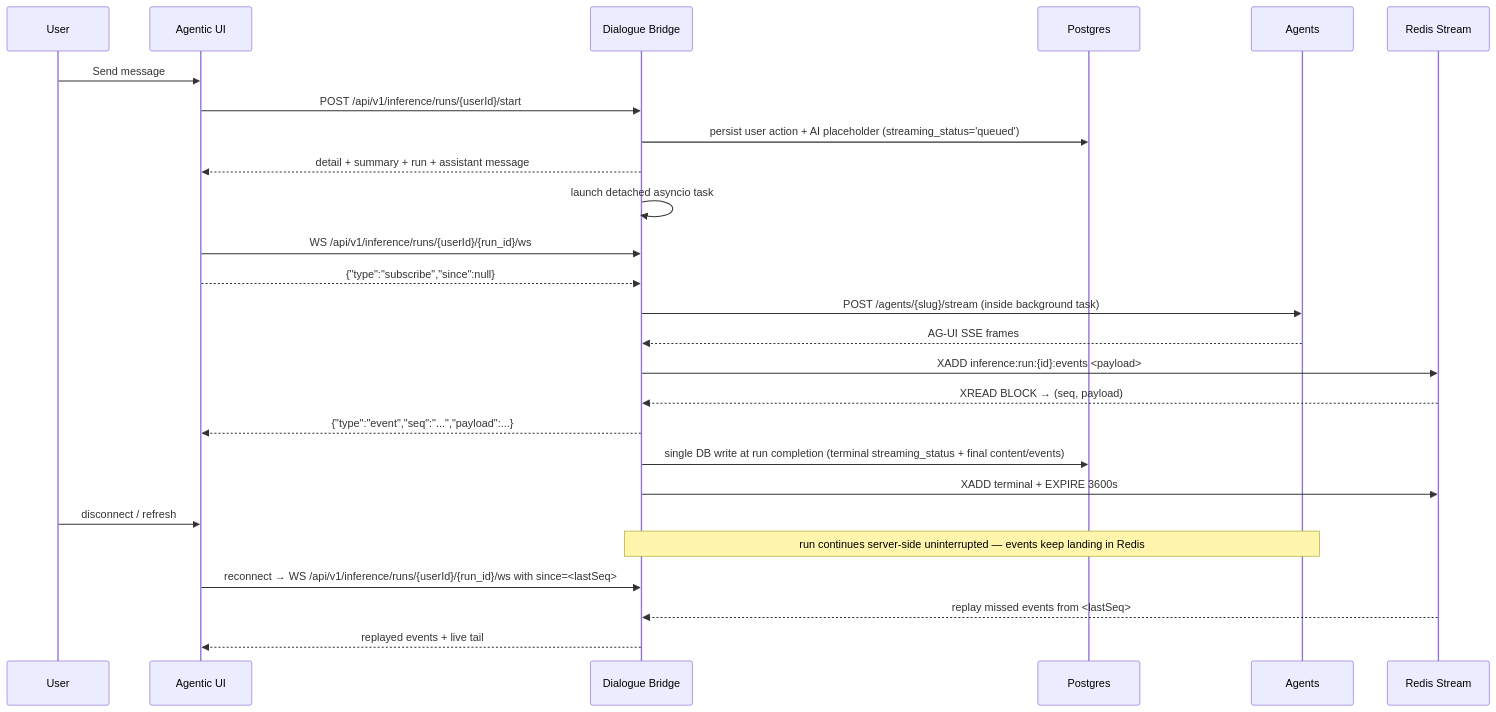
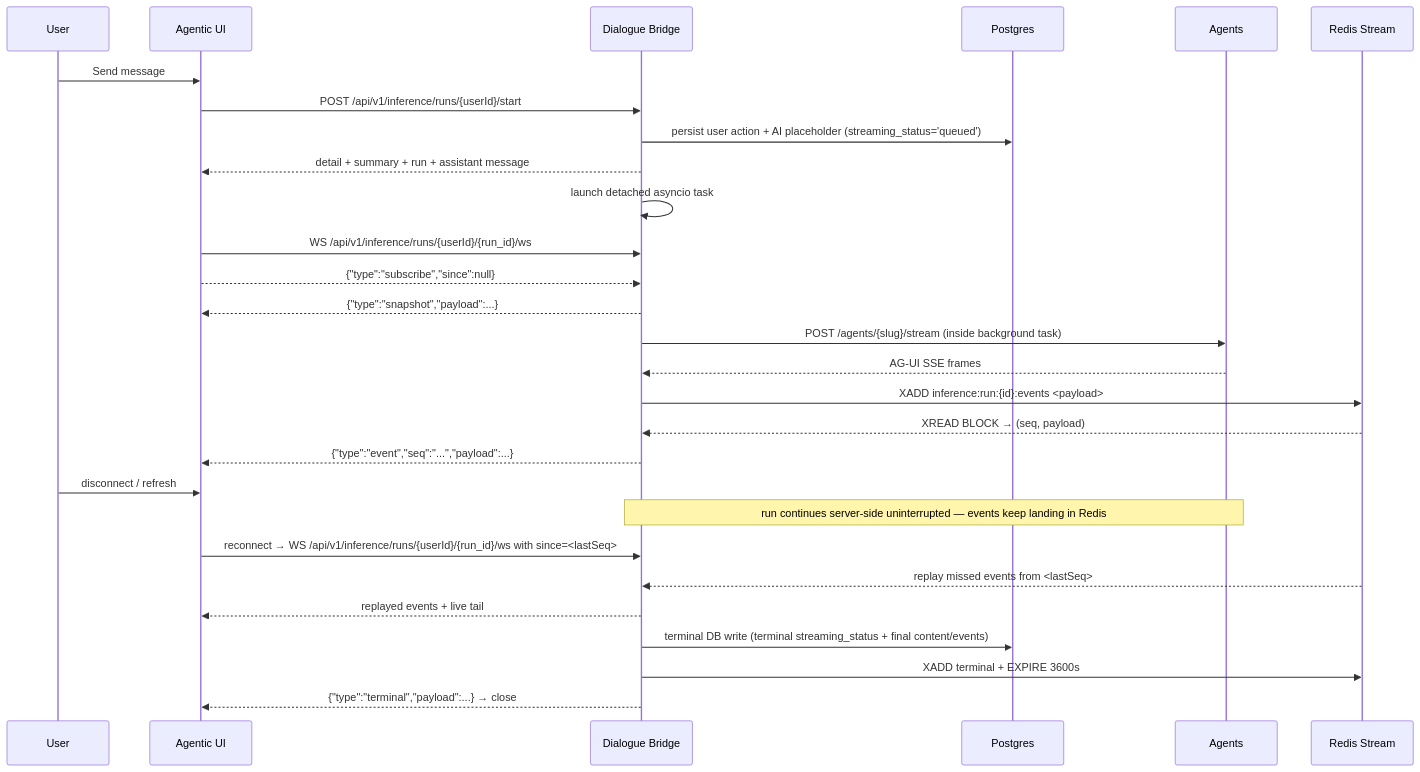
The ninth of 10 diagrams in README.md (konstantinosmpouros/mAgenticX), drawn with Mermaid before and after one commit. The commit also changed other lines of this file and 7 other files, not shown here.

````diff
--- a/README.md
+++ b/README.md
@@ -371,30 +458,31 @@
 ```mermaid
 sequenceDiagram
     participant U as User
     participant UI as Agentic UI
     participant B as Dialogue Bridge
     participant P as Postgres
     participant A as Agents
-
     participant R as Redis Stream
 
     U->>UI: Send message
     UI->>B: POST /api/v1/inference/runs/{userId}/start
     B->>P: persist user action + AI placeholder (streaming_status='queued')
     B-->>UI: detail + summary + run + assistant message
     B->>B: launch detached asyncio task
     UI->>B: WS /api/v1/inference/runs/{userId}/{run_id}/ws
     UI-->>B: {"type":"subscribe","since":null}
+    B-->>UI: {"type":"snapshot","payload":...}
     B->>A: POST /agents/{slug}/stream (inside background task)
     A-->>B: AG-UI SSE frames
     B->>R: XADD inference:run:{id}:events <payload>
     R-->>B: XREAD BLOCK → (seq, payload)
     B-->>UI: {"type":"event","seq":"...","payload":...}
-    B->>P: single DB write at run completion (terminal streaming_status + final content/events)
-    B->>R: XADD terminal + EXPIRE 3600s
     U->>UI: disconnect / refresh
     Note over B,A: run continues server-side uninterrupted — events keep landing in Redis
     UI->>B: reconnect → WS /api/v1/inference/runs/{userId}/{run_id}/ws with since=<lastSeq>
     R-->>B: replay missed events from <lastSeq>
     B-->>UI: replayed events + live tail
+    B->>P: terminal DB write (terminal streaming_status + final content/events)
+    B->>R: XADD terminal + EXPIRE 3600s
+    B-->>UI: {"type":"terminal","payload":...} → close
 ```
````
